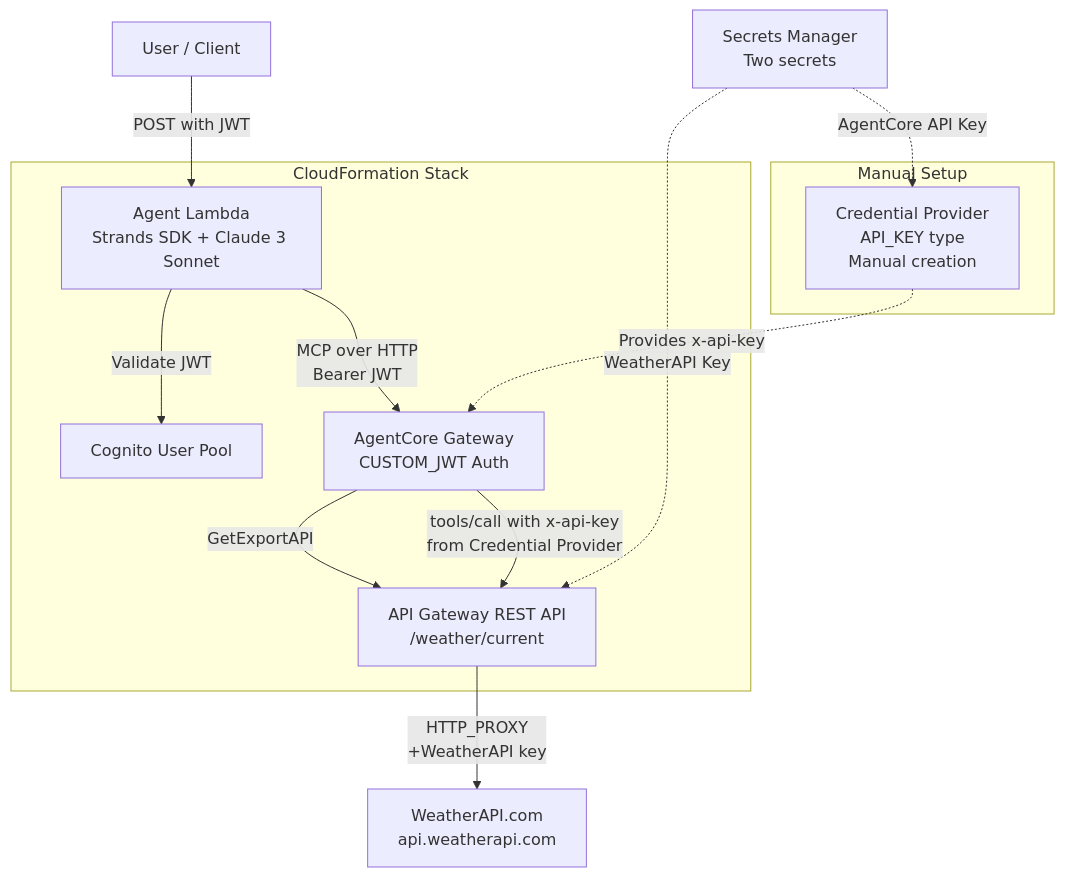
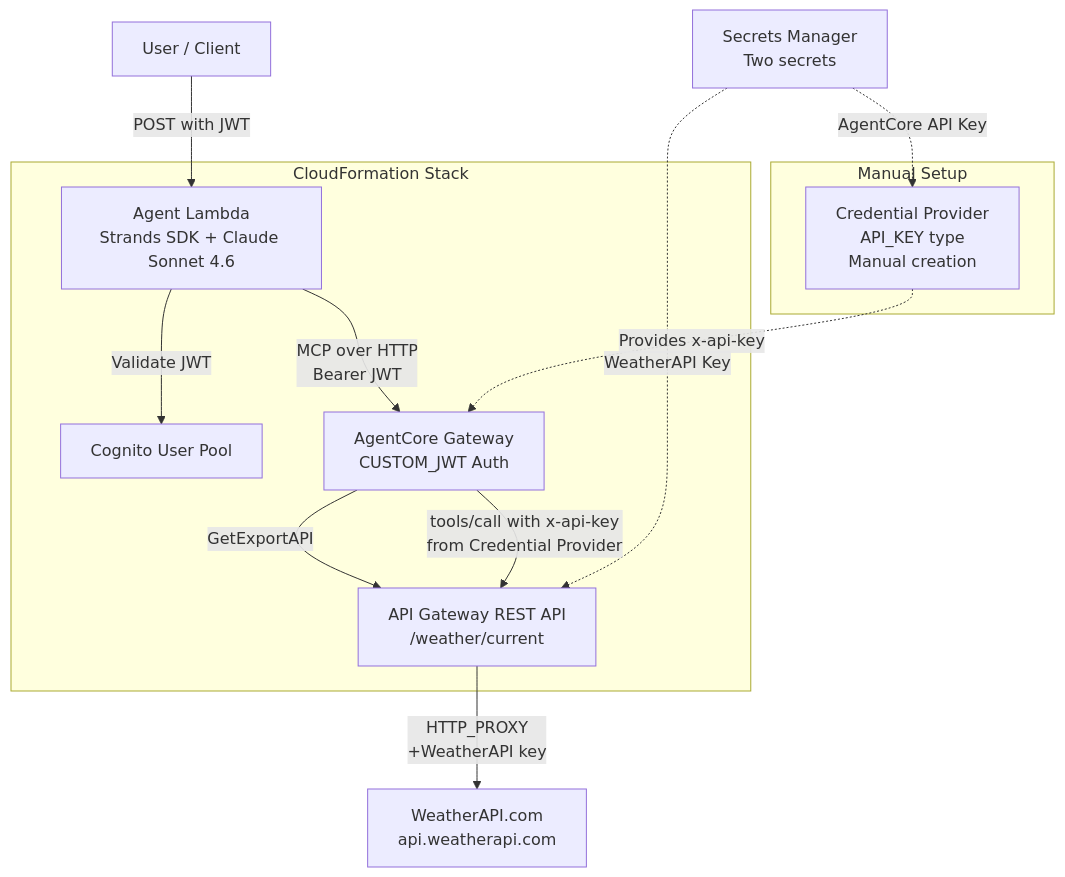
The first of 2 diagrams in strands-agentcore-apigw/.kiro/specs/agentcore-apigw-weather-agent/design.md (humem001/strands-agentcore-patterns), drawn with Mermaid before and after one commit. The commit also changed other lines of this file and 41 other files, not shown here.

````diff
--- a/strands-agentcore-apigw/.kiro/specs/agentcore-apigw-weather-agent/design.md
+++ b/strands-agentcore-apigw/.kiro/specs/agentcore-apigw-weather-agent/design.md
@@ -35,28 +35,28 @@
 ```mermaid
 graph TB
-    User[User / Client] -->|POST with JWT| AgentLambda[Agent Lambda<br/>Strands SDK + Claude 3 Sonnet]
+    User[User / Client] -->|POST with JWT| AgentLambda[Agent Lambda<br/>Strands SDK + Claude Sonnet 4.6]
     
     AgentLambda -->|Validate JWT| Cognito[Cognito User Pool]
     AgentLambda -->|MCP over HTTP<br/>Bearer JWT| Gateway[AgentCore Gateway<br/>CUSTOM_JWT Auth]
     
     Gateway -->|GetExportAPI| APIGW[API Gateway REST API<br/>/weather/current]
     Gateway -->|tools/call with x-api-key<br/>from Credential Provider| APIGW
     
     APIGW -->|HTTP_PROXY<br/>+WeatherAPI key| WeatherAPI[WeatherAPI.com<br/>api.weatherapi.com]
     
     CredProvider[Credential Provider<br/>API_KEY type<br/>Manual creation] -.->|Provides x-api-key| Gateway
     
     SecretsManager[Secrets Manager<br/>Two secrets] -.->|AgentCore API Key| CredProvider
     SecretsManager -.->|WeatherAPI Key| APIGW
 
     subgraph CloudFormation Stack
         AgentLambda
         Cognito
         Gateway
         APIGW
     end
     
     subgraph Manual Setup
         CredProvider
     end
 ```
````
